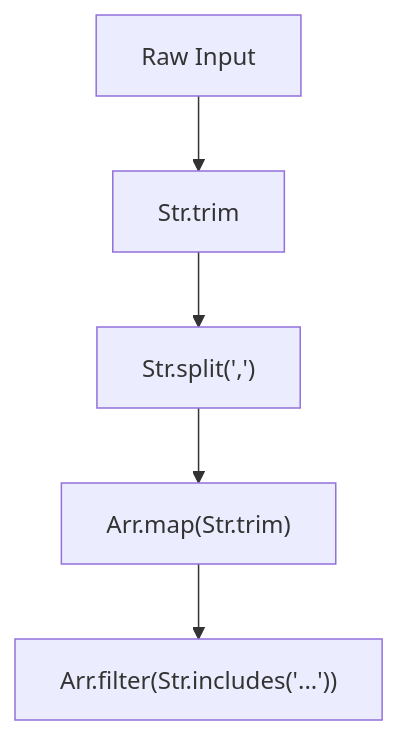
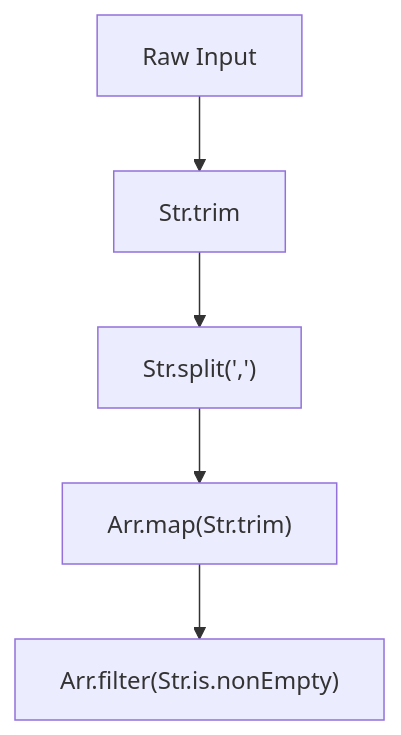
One commit to nlozgachev/pipelined changed the diagram in docs/src/content/docs/guides/str.md. Above: the diagram before and after it, drawn with Mermaid. The commit also changed other lines of this file and 35 other files, not shown here.

````diff
--- a/docs/src/content/docs/guides/str.md
+++ b/docs/src/content/docs/guides/str.md
@@ -57,7 +40,7 @@
 ```mermaid
 flowchart TD
     A["Raw Input"] --> B["Str.trim"]
     B --> C["Str.split(',')"]
     C --> D["Arr.map(Str.trim)"]
-    D --> E["Arr.filter(Str.includes('...'))"]
+    D --> E["Arr.filter(Str.is.nonEmpty)"]
 ```
````
